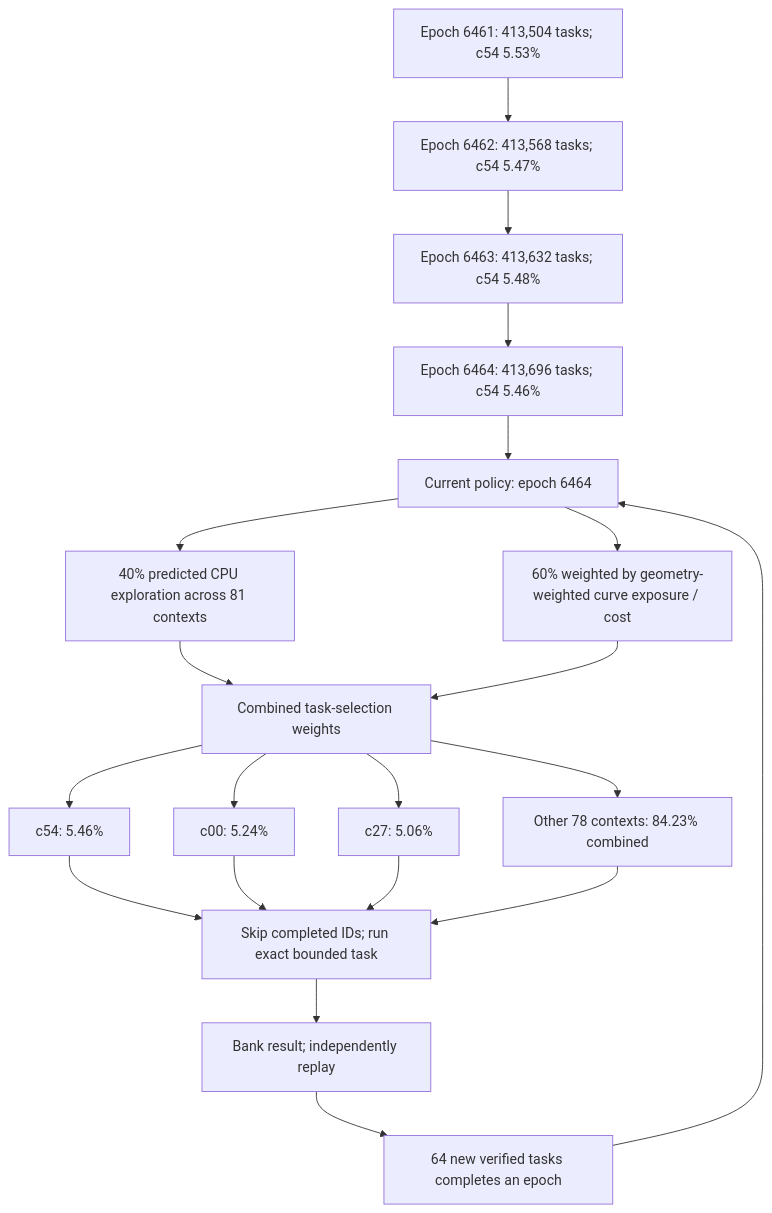
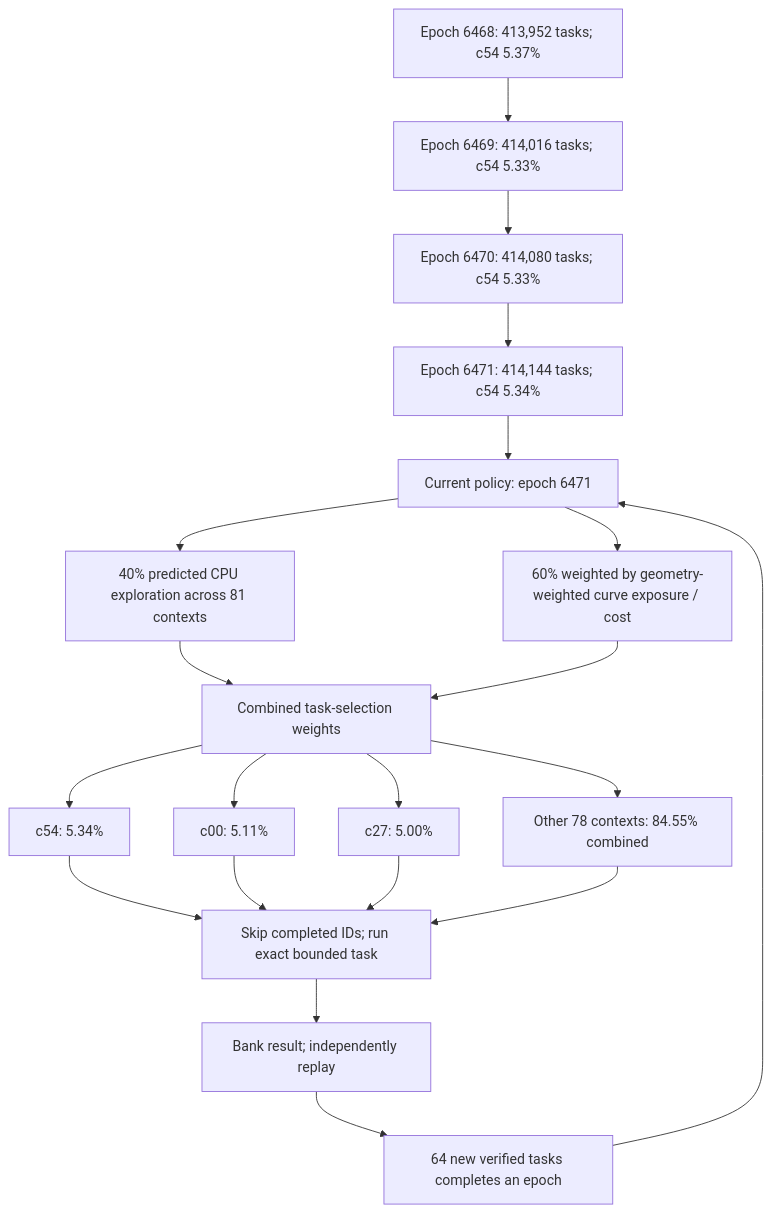
Before and after one commit to Kuberwastaken/math-gambling: the first of 4 diagrams in README.md, drawn with Mermaid. The commit also changed other lines of this file and 988 other files, not shown here.

````diff
--- a/README.md
+++ b/README.md
@@ -60,27 +60,27 @@
 ```mermaid
 flowchart TD
-    H0["Epoch 6461: 413,504 tasks; c54 5.53%"]
-    H1["Epoch 6462: 413,568 tasks; c54 5.47%"]
+    H0["Epoch 6468: 413,952 tasks; c54 5.37%"]
+    H1["Epoch 6469: 414,016 tasks; c54 5.33%"]
     H0 --> H1
-    H2["Epoch 6463: 413,632 tasks; c54 5.48%"]
+    H2["Epoch 6470: 414,080 tasks; c54 5.33%"]
     H1 --> H2
-    H3["Epoch 6464: 413,696 tasks; c54 5.46%"]
+    H3["Epoch 6471: 414,144 tasks; c54 5.34%"]
     H2 --> H3
-    Policy["Current policy: epoch 6464"]
+    Policy["Current policy: epoch 6471"]
     H3 --> Policy
     Policy --> Explore["40% predicted CPU exploration across 81 contexts"]
     Policy --> Cost["60% weighted by geometry-weighted curve exposure / cost"]
     Explore --> Mix["Combined task-selection weights"]
     Cost --> Mix
-    Mix --> C0["c54: 5.46%"]
-    Mix --> C1["c00: 5.24%"]
-    Mix --> C2["c27: 5.06%"]
-    Mix --> Rest["Other 78 contexts: 84.23% combined"]
+    Mix --> C0["c54: 5.34%"]
+    Mix --> C1["c00: 5.11%"]
+    Mix --> C2["c27: 5.00%"]
+    Mix --> Rest["Other 78 contexts: 84.55% combined"]
     C0 --> Check["Skip completed IDs; run exact bounded task"]
     C1 --> Check
     C2 --> Check
     Rest --> Check
     Check --> Replay["Bank result; independently replay"]
     Replay --> Gate["64 new verified tasks completes an epoch"]
     Gate --> Policy
 ```
````
